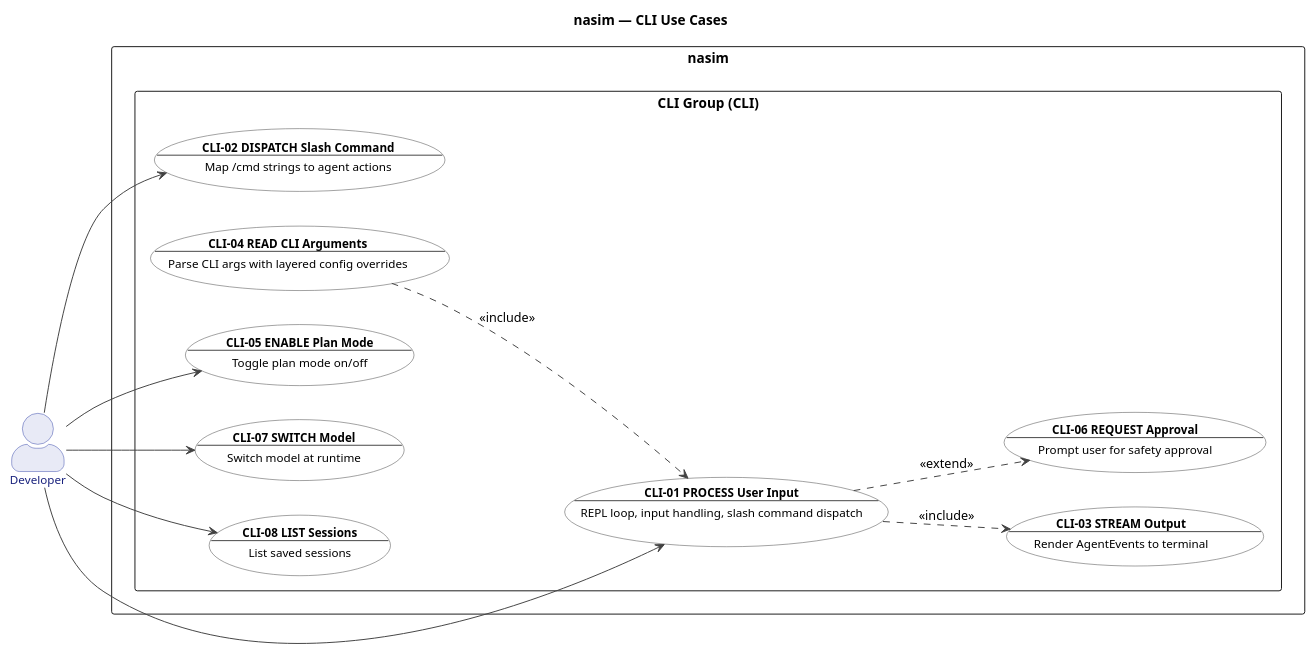
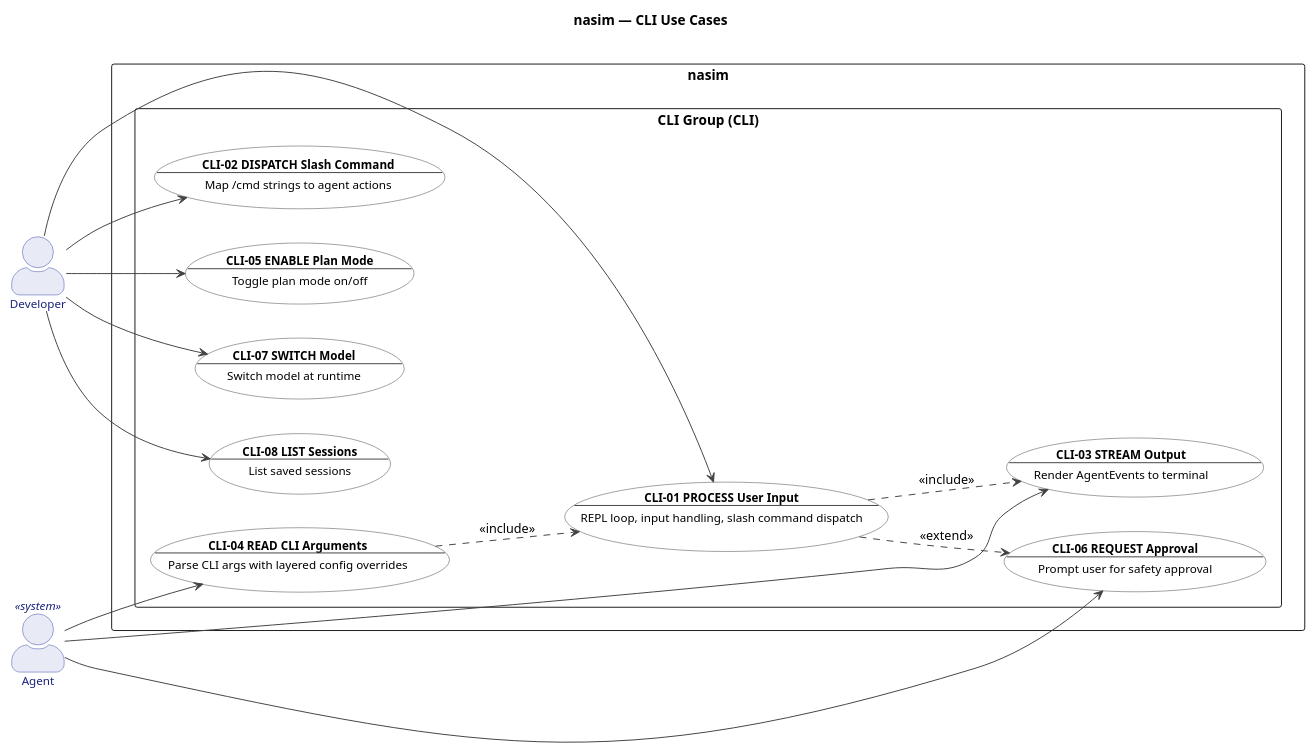
Before and after one commit to salimnamvar/nasim: the diagram in docs/UC/uc_cli.puml, drawn with PlantUML. The commit also changed 18 other files, not shown here.

First line of the commit message:
docs: Add "Agent" actor to multiple use case diagrams and establish relationships

```diff
--- a/docs/UC/uc_cli.puml
+++ b/docs/UC/uc_cli.puml
@@ -1,77 +1,81 @@
 @startuml uc_cli
 
 ' ============================================================
 ' Title:     nasim — UC: CLI Group
 ' Group:     CLI (CLI Layer)
 ' Boundary:  nasim code agent
 ' Purpose:   REPL, argument parsing, slash commands, rich rendering
 ' Milestone: v1.0
 ' Version:   6.0.0
 ' Source:    docs/ENTITIES.md
 ' Review:    docs/audit/audit.2026.06.20.uc-layer.car.md
 ' ============================================================
 
 left to right direction
 
 title nasim — CLI Use Cases
 
 skinparam actorStyle awesome
 skinparam packageStyle rectangle
 
 skinparam usecase {
   BackgroundColor #FFFFFF
   BorderColor #424242
   FontColor #000000
   ArrowColor #424242
   FontSize 12
 }
 
 skinparam actor {
   BackgroundColor #E8EAF6
   BorderColor #3949AB
   FontColor #1A237E
   FontSize 12
 }
 
 ' ============================================================
 ' Actors
 ' ============================================================
 
 actor "Developer" as Developer
+actor "Agent" as Agent <<system>>
 
 ' ============================================================
 ' System Boundary
 ' ============================================================
 
 rectangle "nasim" {
   package "CLI Group (CLI)" {
     usecase "**CLI-01 PROCESS User Input**\n--\nREPL loop, input handling, slash command dispatch" as CLI01
     usecase "**CLI-02 DISPATCH Slash Command**\n--\nMap /cmd strings to agent actions" as CLI02
     usecase "**CLI-03 STREAM Output**\n--\nRender AgentEvents to terminal" as CLI03
     usecase "**CLI-04 READ CLI Arguments**\n--\nParse CLI args with layered config overrides" as CLI04
     usecase "**CLI-05 ENABLE Plan Mode**\n--\nToggle plan mode on/off" as CLI05
     usecase "**CLI-06 REQUEST Approval**\n--\nPrompt user for safety approval" as CLI06
     usecase "**CLI-07 SWITCH Model**\n--\nSwitch model at runtime" as CLI07
     usecase "**CLI-08 LIST Sessions**\n--\nList saved sessions" as CLI08
   }
 }
 
 ' ============================================================
 ' Actor -> Use Case Associations
 ' ============================================================
 
 Developer --> CLI01
 Developer --> CLI02
 Developer --> CLI05
 Developer --> CLI07
 Developer --> CLI08
+Agent --> CLI03
+Agent --> CLI04
+Agent --> CLI06
 
 ' ============================================================
 ' Relationships
 ' ============================================================
 
 CLI01 ..> CLI03 : <<include>>
 CLI04 ..> CLI01 : <<include>>
 CLI01 ..> CLI06 : <<extend>>
 
 @enduml
```
